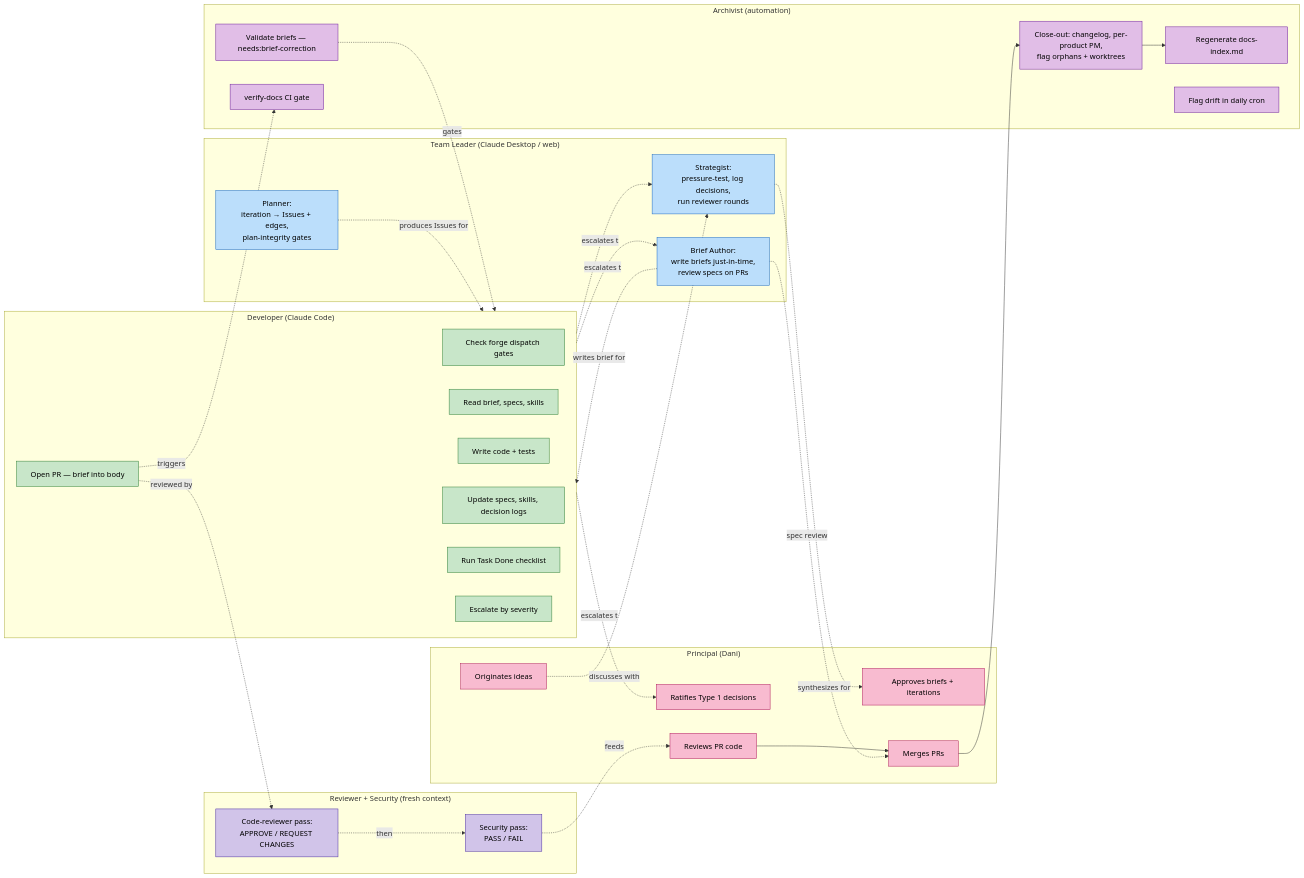
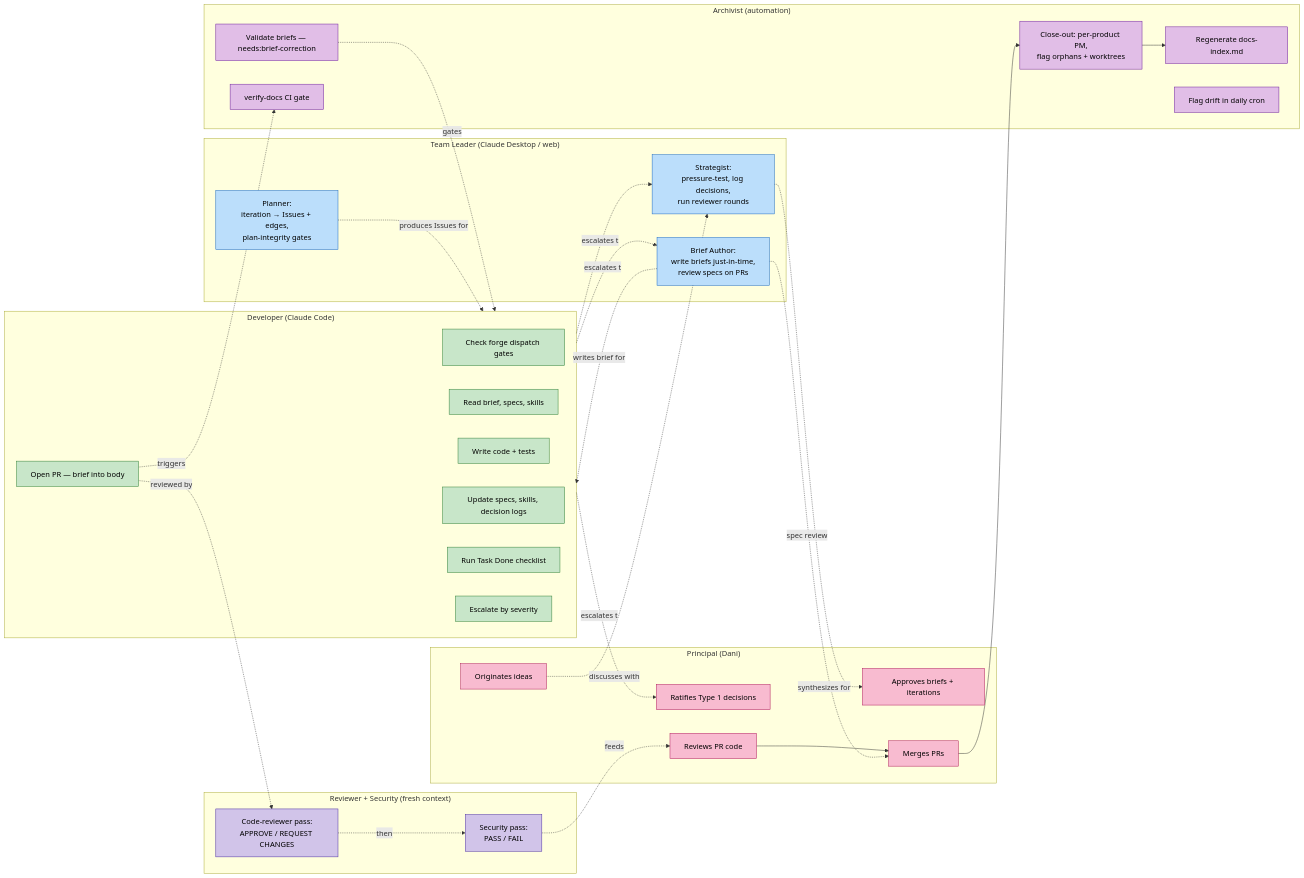
The second of 6 diagrams in aeg-root/diagrams/process-flow.md (atta-labs/attalabs), drawn with Mermaid before and after one commit. The commit also changed other lines of this file and 46 other files, not shown here.

````diff
--- a/aeg-root/diagrams/process-flow.md
+++ b/aeg-root/diagrams/process-flow.md
@@ -113,68 +113,68 @@
 ```mermaid
 flowchart LR
     subgraph Principal["Principal (Dani)"]
         P_Idea[Originates ideas]
         P_Approve[Approves briefs + iterations]
         P_Type1[Ratifies Type 1 decisions]
         P_Review[Reviews PR code]
         P_Merge[Merges PRs]
     end
 
     subgraph TL["Team Leader (Claude Desktop / web)"]
         TL_Strat[Strategist:<br/>pressure-test, log decisions,<br/>run reviewer rounds]
         TL_Plan[Planner:<br/>iteration → Issues + edges,<br/>plan-integrity gates]
         TL_Brief[Brief Author:<br/>write briefs just-in-time,<br/>review specs on PRs]
     end
 
     subgraph Developer["Developer (Claude Code)"]
         D_Gate[Check forge dispatch gates]
         D_Read[Read brief, specs, skills]
         D_Code[Write code + tests]
         D_Doc[Update specs, skills, decision logs]
         D_Verify[Run Task Done checklist]
         D_PR[Open PR — brief into body]
         D_Escalate[Escalate by severity]
     end
 
     subgraph Reviewers["Reviewer + Security (fresh context)"]
         R_Code[Code-reviewer pass:<br/>APPROVE / REQUEST CHANGES]
         R_Sec[Security pass:<br/>PASS / FAIL]
     end
 
     subgraph Archivist["Archivist (automation)"]
         A_Validate[Validate briefs — needs:brief-correction]
         A_Verify[verify-docs CI gate]
-        A_CloseOut[Close-out: changelog, per-product PM,<br/>flag orphans + worktrees]
+        A_CloseOut[Close-out: per-product PM,<br/>flag orphans + worktrees]
         A_Index[Regenerate docs-index.md]
         A_Drift[Flag drift in daily cron]
     end
 
     P_Idea -.discusses with.-> TL_Strat
     TL_Plan -.produces Issues for.-> Developer
     TL_Strat -.synthesizes for.-> P_Approve
     TL_Brief -.writes brief for.-> Developer
     A_Validate -.gates.-> Developer
     Developer -.escalates to.-> TL_Brief
     Developer -.escalates to.-> TL_Strat
     Developer -.escalates to.-> P_Type1
     D_PR -.triggers.-> A_Verify
     D_PR -.reviewed by.-> R_Code
     R_Code -.then.-> R_Sec
     R_Sec -.feeds.-> P_Review
     P_Review --> P_Merge
     TL_Brief -.spec review.-> P_Merge
     P_Merge --> A_CloseOut
     A_CloseOut --> A_Index
 
     classDef principalCluster fill:#f8bbd0,stroke:#ad1457,color:#000
     classDef tlCluster fill:#bbdefb,stroke:#1565c0,color:#000
     classDef devCluster fill:#c8e6c9,stroke:#2e7d32,color:#000
     classDef revCluster fill:#d1c4e9,stroke:#4527a0,color:#000
     classDef archCluster fill:#e1bee7,stroke:#6a1b9a,color:#000
 
     class P_Idea,P_Approve,P_Type1,P_Review,P_Merge principalCluster
     class TL_Strat,TL_Plan,TL_Brief tlCluster
     class D_Gate,D_Read,D_Code,D_Doc,D_Verify,D_PR,D_Escalate devCluster
     class R_Code,R_Sec revCluster
     class A_Validate,A_Verify,A_CloseOut,A_Index,A_Drift archCluster
 ```
````
